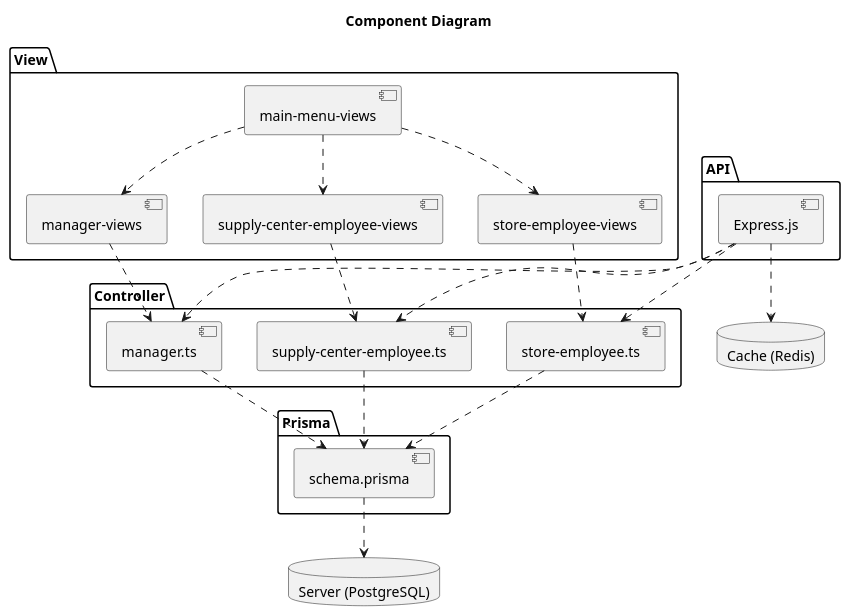
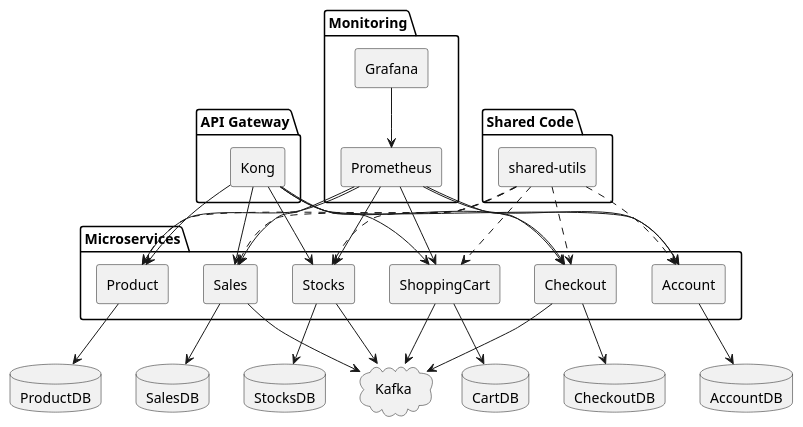
Before and after one commit to ThePhobosDeimosSuite/laboratoire-0_log430: the diagram in docs/UML/component.puml, drawn with PlantUML. The commit also changed 31 other files, not shown here.

```diff
--- a/docs/UML/component.puml
+++ b/docs/UML/component.puml
@@ -1,45 +1,73 @@
 @startuml component
-title Component Diagram
-package "Controller" {
-    component "manager.ts" as manager
-    component "store-employee.ts" as storeEmployee
-    component "supply-center-employee.ts" as supplyCenterEmployee
+skinparam componentStyle rectangle
+skinparam defaultTextAlignment center
+
+package "API Gateway" {
+  [Kong]
 }
 
-package "View" {
-    component "manager-views" as managerView
-    component "store-employee-views" as storeEmployeeView
-    component "supply-center-employee-views" as supplyCenterEmployeeView
-    component "main-menu-views" as mainMenuView
+package "Monitoring" {
+  [Prometheus]
+  [Grafana]
 }
 
-package API {
-    component "Express.js" as express
+package "Shared Code" {
+  [shared-utils] as SharedUtils
 }
 
-package "Prisma" {
-    component schema.prisma
+cloud "Kafka" {
 }
 
-database "Server (PostgreSQL)" as Server
-database "Cache (Redis)" as Cache
+package "Microservices" {
+  component Product
+  component Sales
+  component Stocks
+  component Account
+  component ShoppingCart
+  component Checkout
+}
 
-schema.prisma ..> Server
+database "ProductDB" as dbProduct
+database "SalesDB" as dbSales
+database "StocksDB" as dbStocks
+database "AccountDB" as dbAccount
+database "CartDB" as dbCart
+database "CheckoutDB" as dbCheckout
 
-express ..> storeEmployee
-express ..> supplyCenterEmployee
-express ..> manager
 
-express ..> Cache
+Kong --> Product
+Kong --> Sales
+Kong --> Stocks
+Kong --> Account
+Kong --> ShoppingCart
+Kong --> Checkout
 
-supplyCenterEmployeeView ..> supplyCenterEmployee
-managerView ..> manager
-storeEmployeeView ..> storeEmployee
-storeEmployee ..> schema.prisma
-manager ..> schema.prisma
-supplyCenterEmployee ..> schema.prisma
-mainMenuView ..> storeEmployeeView
-mainMenuView ..> managerView
-mainMenuView ..> supplyCenterEmployeeView
+SharedUtils ..> Product
+SharedUtils ..> Sales
+SharedUtils ..> Stocks
+SharedUtils ..> Account
+SharedUtils ..> ShoppingCart
+SharedUtils ..> Checkout
+
+Product --> dbProduct
+Sales --> dbSales
+Stocks --> dbStocks
+Account --> dbAccount
+ShoppingCart --> dbCart
+Checkout --> dbCheckout
+
+Sales --> Kafka
+Stocks --> Kafka
+ShoppingCart --> Kafka
+Checkout --> Kafka
+
+Prometheus --> Product
+Prometheus --> Sales
+Prometheus --> Stocks
+Prometheus --> Account
+Prometheus --> ShoppingCart
+Prometheus --> Checkout
+
+Grafana --> Prometheus
 
 @enduml
```
